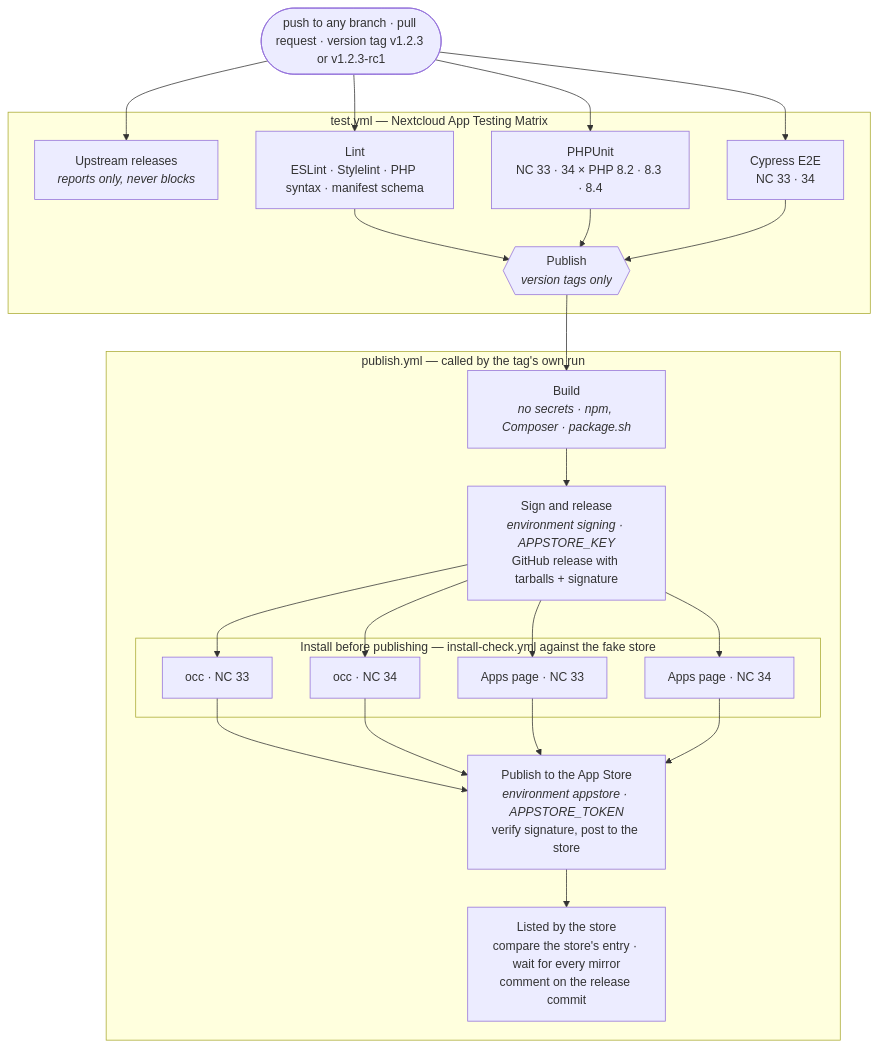
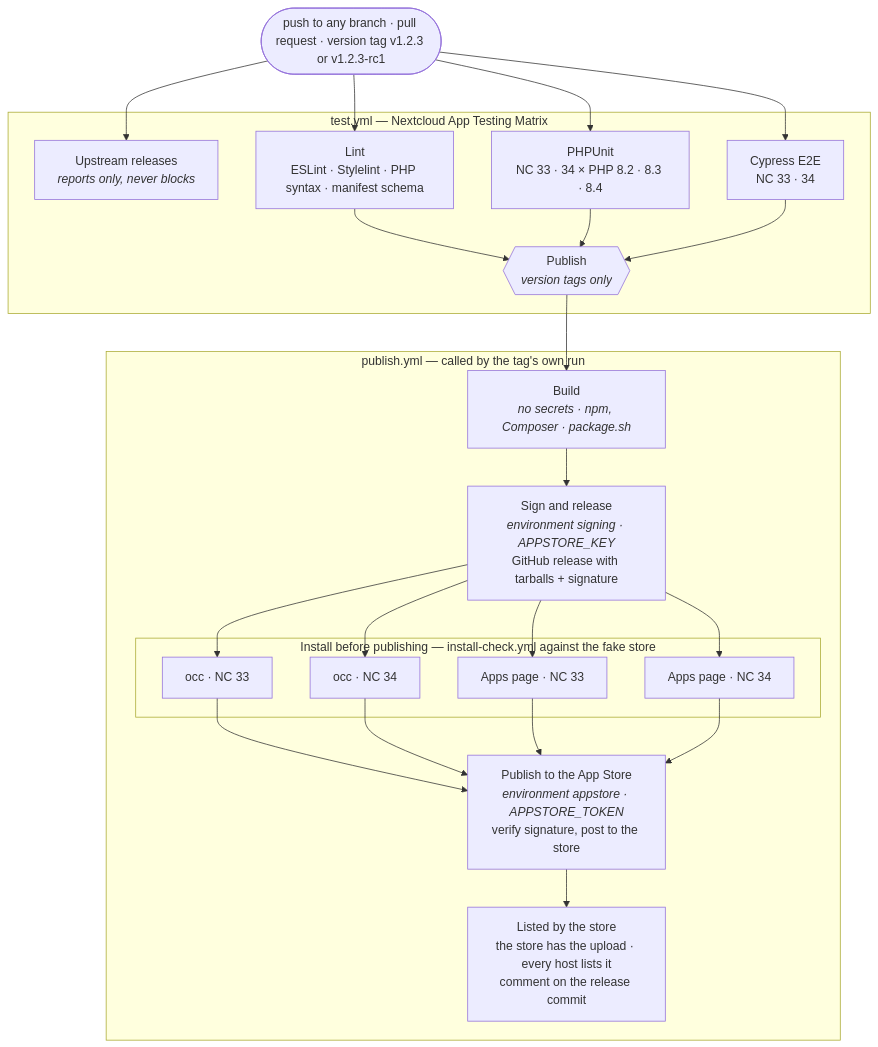
One commit to metaworx/file_checksum_search changed the diagram in docs/app-store-publishing.md. Above: the diagram before and after it, drawn with Mermaid. The commit also changed other lines of this file and 5 other files, not shown here.

````diff
--- a/docs/app-store-publishing.md
+++ b/docs/app-store-publishing.md
@@ -156,32 +175,32 @@
 ```mermaid
 flowchart TD
     trigger(["push to any branch · pull request · version tag v1.2.3 or v1.2.3-rc1"])
 
     subgraph test ["test.yml — Nextcloud App Testing Matrix"]
         upstream["Upstream releases<br/><i>reports only, never blocks</i>"]
         lint["Lint<br/>ESLint · Stylelint · PHP syntax · manifest schema"]
         phpunit["PHPUnit<br/>NC 33 · 34 × PHP 8.2 · 8.3 · 8.4"]
         cypress["Cypress E2E<br/>NC 33 · 34"]
         publishcall{{"Publish<br/><i>version tags only</i>"}}
     end
 
     subgraph publish ["publish.yml — called by the tag's own run"]
         build["Build<br/><i>no secrets · npm, Composer · package.sh</i>"]
         sign["Sign and release<br/><i>environment signing · APPSTORE_KEY</i><br/>GitHub release with tarballs + signature"]
         subgraph precheck ["Install before publishing — install-check.yml against the fake store"]
             occ33["occ · NC 33"]
             occ34["occ · NC 34"]
             web33["Apps page · NC 33"]
             web34["Apps page · NC 34"]
         end
         store["Publish to the App Store<br/><i>environment appstore · APPSTORE_TOKEN</i><br/>verify signature, post to the store"]
-        listed["Listed by the store<br/>compare the store's entry · wait for every mirror<br/>comment on the release commit"]
+        listed["Listed by the store<br/>the store has the upload · every host lists it<br/>comment on the release commit"]
     end
 
     trigger --> upstream & lint & phpunit & cypress
     lint & phpunit & cypress --> publishcall
     publishcall --> build --> sign
     sign --> occ33 & occ34 & web33 & web34
     occ33 & occ34 & web33 & web34 --> store
     store --> listed
 ```
````
